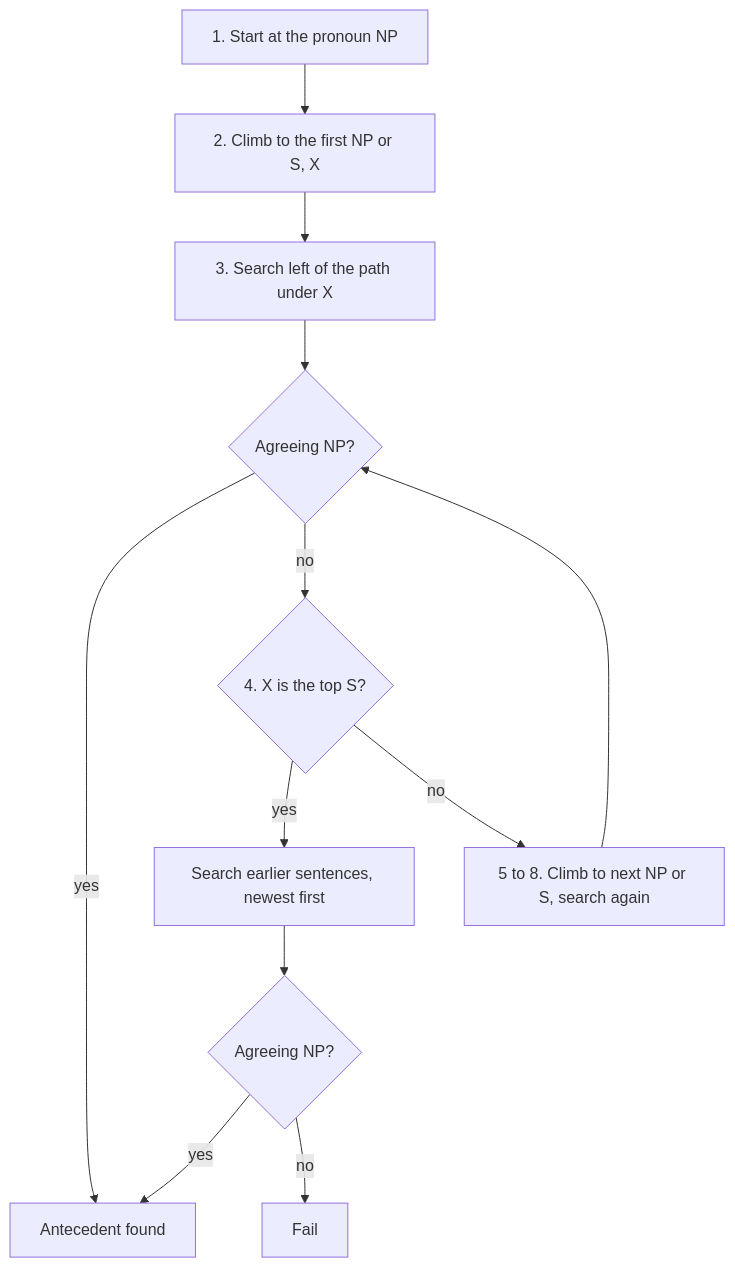
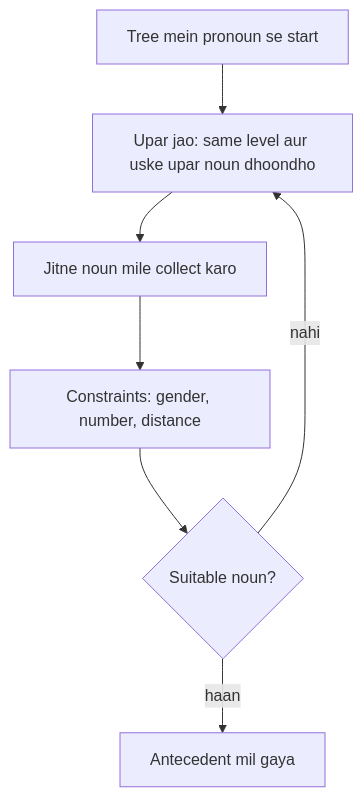
One commit to TrendySloth1001/sem-seven-notes changed the diagram in content/natural-language-processing/pyq/2022-12-ce/q5b.hi.mdx. Above: the diagram before and after it, drawn with Mermaid. The commit also changed other lines of this file and 406 other files, not shown here.

````diff
--- a/content/natural-language-processing/pyq/2022-12-ce/q5b.hi.mdx
+++ b/content/natural-language-processing/pyq/2022-12-ce/q5b.hi.mdx
@@ -25,15 +16,10 @@
 ```mermaid
-%% caption: Hobbs search. Pehle pronoun ke apne sentence mein pronoun se bahar ki taraf search, phir pichhle sentences mein, naye se purane. Agree karne wala pehla NP antecedent hai.
+%% caption: Hobbs ke chaar steps. Agar koi noun constraints pass nahi karta, to search repeat hota hai.
 flowchart TD
-  A["1. Start at the pronoun NP"] --> B["2. Climb to the first NP or S, X"]
-  B --> C["3. Search left of the path under X"]
-  C --> D{"Agreeing NP?"}
-  D -->|"yes"| Z["Antecedent found"]
-  D -->|"no"| E{"4. X is the top S?"}
-  E -->|"yes"| F["Search earlier sentences, newest first"]
-  F --> G{"Agreeing NP?"}
-  G -->|"yes"| Z
-  G -->|"no"| Y["Fail"]
-  E -->|"no"| H["5 to 8. Climb to next NP or S, search again"]
-  H --> D
+  A["Tree mein pronoun se start"] --> B["Upar jao: same level aur uske upar noun dhoondho"]
+  B --> C["Jitne noun mile collect karo"]
+  C --> D["Constraints: gender, number, distance"]
+  D --> E{"Suitable noun?"}
+  E -->|"haan"| F["Antecedent mil gaya"]
+  E -->|"nahi"| B
 ```
````
